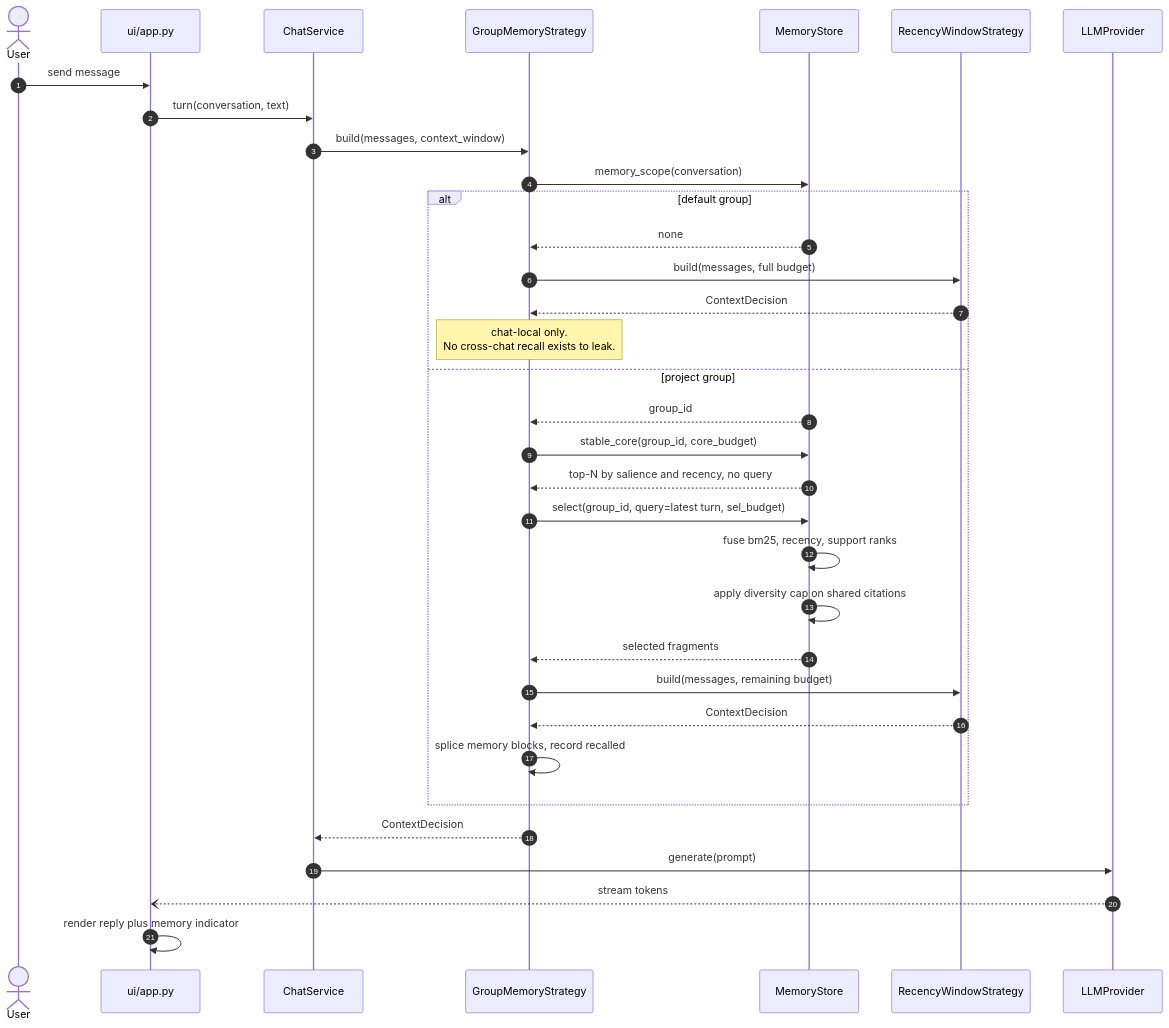
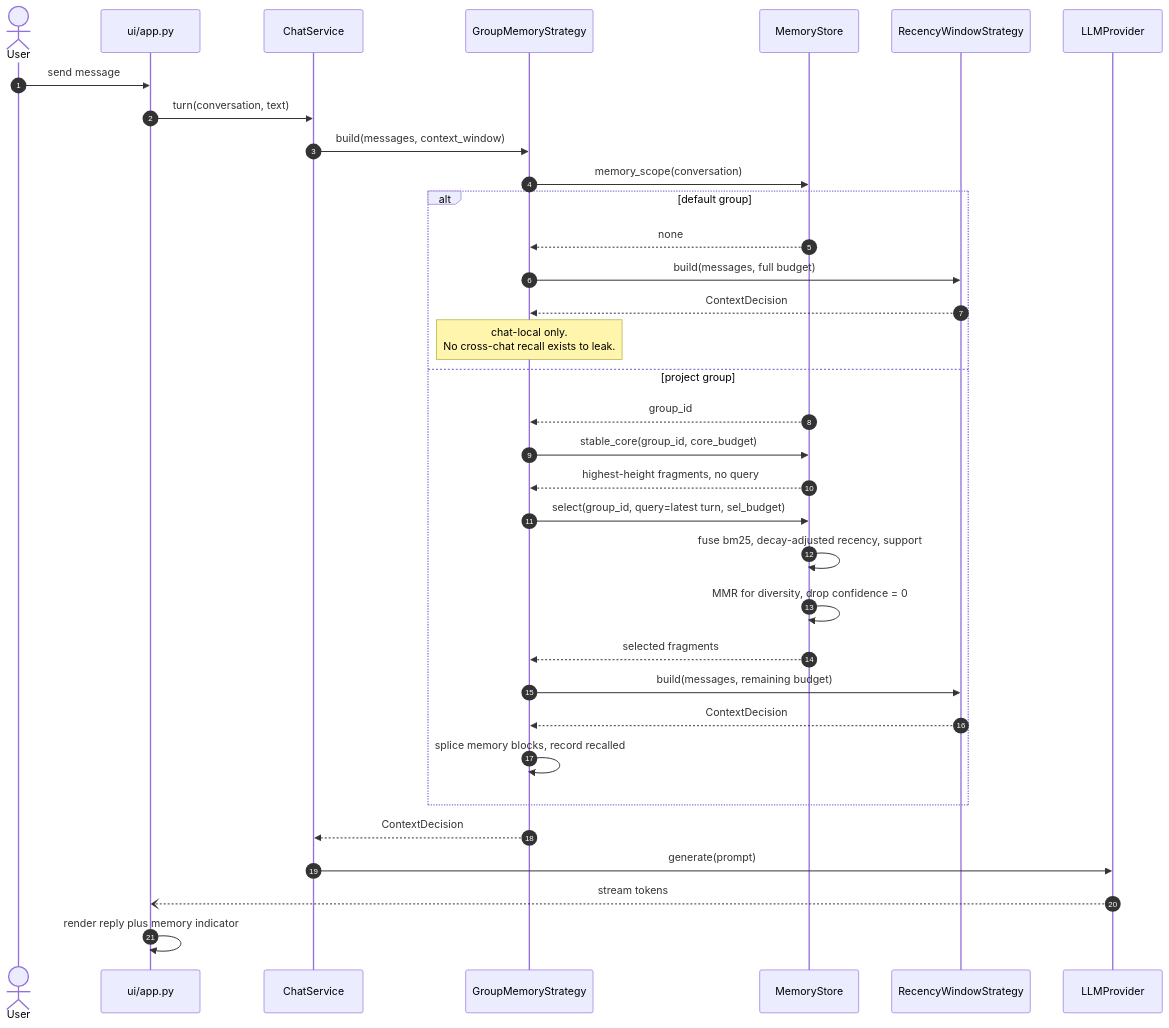
Before and after one commit to Alorcus/agent_project: the seventh of 10 diagrams in docs/plans/memory-and-groups.md, drawn with Mermaid. The commit also changed other lines of this file, not shown here.

````diff
--- a/docs/plans/memory-and-groups.md
+++ b/docs/plans/memory-and-groups.md
@@ -449,39 +544,39 @@
 ```mermaid
 sequenceDiagram
     autonumber
     actor User
     participant App as ui/app.py
     participant Chat as ChatService
     participant GMS as GroupMemoryStrategy
     participant Store as MemoryStore
     participant Inner as RecencyWindowStrategy
     participant LLM as LLMProvider
 
     User->>App: send message
     App->>Chat: turn(conversation, text)
     Chat->>GMS: build(messages, context_window)
 
     GMS->>Store: memory_scope(conversation)
     alt default group
         Store-->>GMS: none
         GMS->>Inner: build(messages, full budget)
         Inner-->>GMS: ContextDecision
         Note over GMS: chat-local only.<br/>No cross-chat recall exists to leak.
     else project group
         Store-->>GMS: group_id
         GMS->>Store: stable_core(group_id, core_budget)
-        Store-->>GMS: top-N by salience and recency, no query
+        Store-->>GMS: highest-height fragments, no query
         GMS->>Store: select(group_id, query=latest turn, sel_budget)
-        Store->>Store: fuse bm25, recency, support ranks
-        Store->>Store: apply diversity cap on shared citations
+        Store->>Store: fuse bm25, decay-adjusted recency, support
+        Store->>Store: MMR for diversity, drop confidence = 0
         Store-->>GMS: selected fragments
         GMS->>Inner: build(messages, remaining budget)
         Inner-->>GMS: ContextDecision
         GMS->>GMS: splice memory blocks, record recalled
     end
 
     GMS-->>Chat: ContextDecision
     Chat->>LLM: generate(prompt)
     LLM--)App: stream tokens
     App->>App: render reply plus memory indicator
 ```
````
